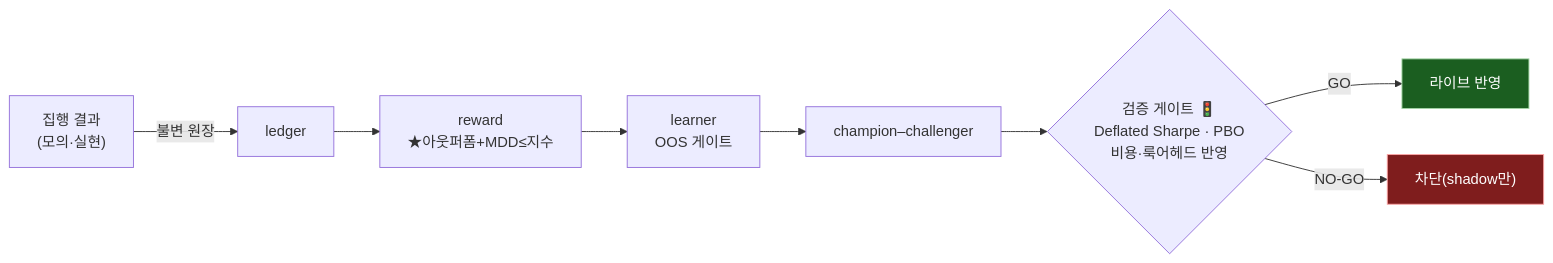
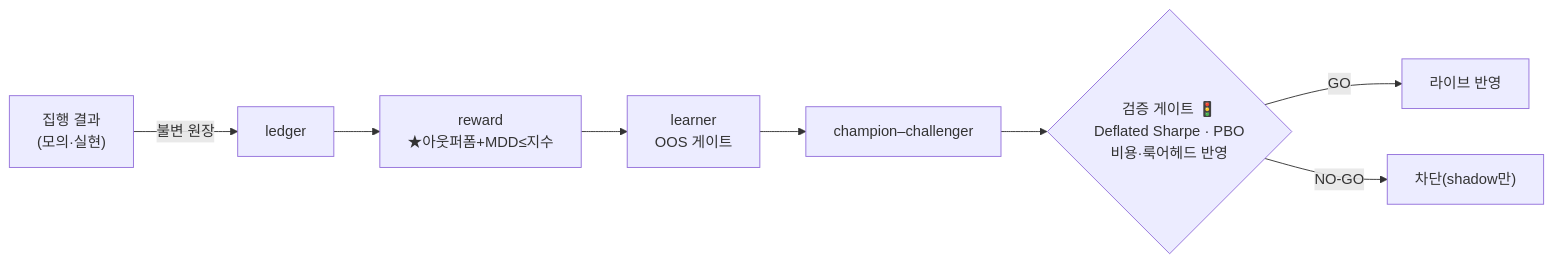
One commit to yoobinkim541/stock-report changed the second of 2 diagrams in README.md. Above: the diagram before and after it, drawn with Mermaid. The commit also changed other lines of this file and 10 other files, not shown here.

````diff
--- a/README.md
+++ b/README.md
@@ -112,14 +111,10 @@
 ```mermaid
 flowchart LR
     EXEC["집행 결과<br/>(모의·실현)"] -->|불변 원장| LEDGER["ledger"]
     LEDGER --> REWARD["reward<br/>★아웃퍼폼+MDD≤지수"]
     REWARD --> LEARN["learner<br/>OOS 게이트"]
     LEARN --> CC["champion–challenger"]
     CC --> GATE{"검증 게이트 🚦<br/>Deflated Sharpe · PBO<br/>비용·룩어헤드 반영"}
     GATE -->|GO| LIVE["라이브 반영"]
     GATE -->|NO-GO| BLOCK["차단(shadow만)"]
-    classDef go fill:#1b5e20,stroke:#a5d6a7,color:#fff
-    classDef block fill:#7f1d1d,stroke:#fca5a5,color:#fff
-    class LIVE go
-    class BLOCK block
 ```
````
